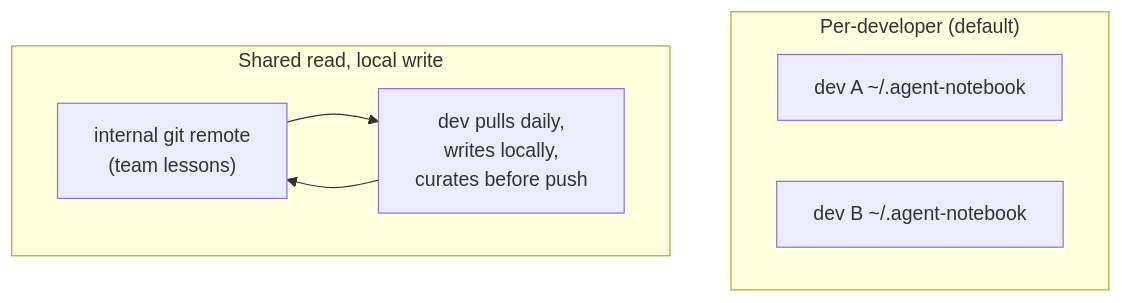
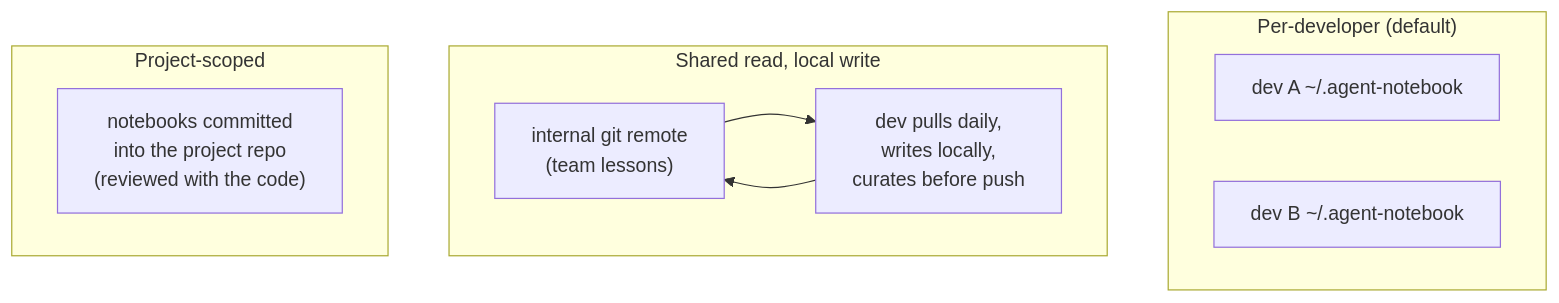
One commit to jeanibarz/agent-notebook changed the second of 2 diagrams in docs/enterprise.md. Above: the diagram before and after it, drawn with Mermaid. The commit also changed other lines of this file and 15 other files, not shown here.

````diff
--- a/docs/enterprise.md
+++ b/docs/enterprise.md
@@ -128,12 +127,15 @@
 ```mermaid
 flowchart TB
     subgraph perdev["Per-developer (default)"]
         D1["dev A ~/.agent-notebook"]
         D2["dev B ~/.agent-notebook"]
     end
     subgraph shared["Shared read, local write"]
         R["internal git remote<br/>(team lessons)"]
         D3["dev pulls daily,<br/>writes locally,<br/>curates before push"]
         R --> D3 --> R
     end
+    subgraph proj["Project-scoped"]
+        P["notebooks committed<br/>into the project repo<br/>(reviewed with the code)"]
+    end
 ```
````
